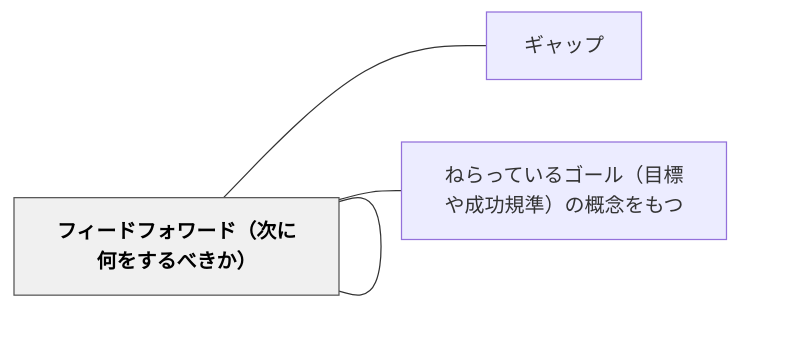
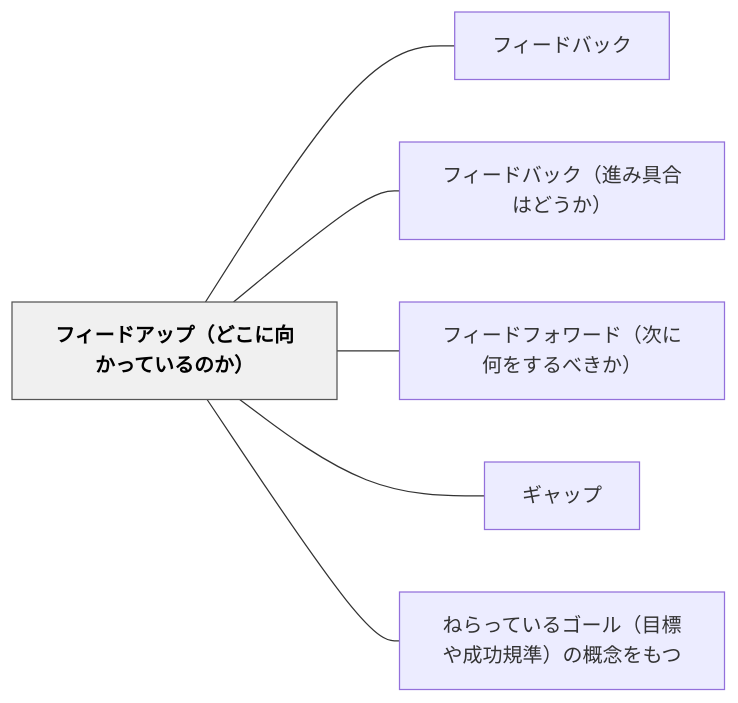
The diagram in content/パタン/フィードアップ（どこに向かっているのか）.md (unknownthings-ed-patterns/unknownthings-ed-patterns), drawn with Mermaid before and after one commit. The commit also changed 527 other files, not shown here.

````diff
--- a/content/パタン/フィードアップ（どこに向かっているのか）.md
+++ b/content/パタン/フィードアップ（どこに向かっているのか）.md
@@ -51,18 +51,18 @@
 ```mermaid
 flowchart LR
-    ne38395e382a3["フィードアップ（どこに向かっているのか）"]
-    ne38395e382a3["フィードバック"]
-    ne38395e382a3["フィードバック（進み具合はどうか）"]
-    ne38395e382a3["フィードフォワード（次に何をするべきか）"]
-    ne382aee383a3["ギャップ"]
-    ne381ade38289["ねらっているゴール（目標や成功規準）の概念をもつ"]
+    ne38395e382a3e383bce38389e382a2e38383e38397efbc88e381a9e38193e381abe59091e3818be381a3e381a6e38184e3828be381aee3818befbc89["フィードアップ（どこに向かっているのか）"]
+    ne38395e382a3e383bce38389e38390e38383e382af["フィードバック"]
+    ne38395e382a3e383bce38389e38390e38383e382afefbc88e980b2e381bfe585b7e59088e381afe381a9e38186e3818befbc89["フィードバック（進み具合はどうか）"]
+    ne38395e382a3e383bce38389e38395e382a9e383afe383bce38389efbc88e6aca1e381abe4bd95e38292e38199e3828be381b9e3818de3818befbc89["フィードフォワード（次に何をするべきか）"]
+    ne382aee383a3e38383e38397["ギャップ"]
+    ne381ade38289e381a3e381a6e38184e3828be382b4e383bce383abefbc88e79baee6a899e38284e68890e58a9fe8a68fe6ba96efbc89e381aee6a682e5bfb5e38292e38282e381a4["ねらっているゴール（目標や成功規準）の概念をもつ"]
 
-    ne38395e382a3 --- ne38395e382a3
-    ne38395e382a3 --- ne38395e382a3
-    ne38395e382a3 --- ne38395e382a3
-    ne38395e382a3 --- ne382aee383a3
-    ne38395e382a3 --- ne381ade38289
+    ne38395e382a3e383bce38389e382a2e38383e38397efbc88e381a9e38193e381abe59091e3818be381a3e381a6e38184e3828be381aee3818befbc89 --- ne38395e382a3e383bce38389e38390e38383e382af
+    ne38395e382a3e383bce38389e382a2e38383e38397efbc88e381a9e38193e381abe59091e3818be381a3e381a6e38184e3828be381aee3818befbc89 --- ne38395e382a3e383bce38389e38390e38383e382afefbc88e980b2e381bfe585b7e59088e381afe381a9e38186e3818befbc89
+    ne38395e382a3e383bce38389e382a2e38383e38397efbc88e381a9e38193e381abe59091e3818be381a3e381a6e38184e3828be381aee3818befbc89 --- ne38395e382a3e383bce38389e38395e382a9e383afe383bce38389efbc88e6aca1e381abe4bd95e38292e38199e3828be381b9e3818de3818befbc89
+    ne38395e382a3e383bce38389e382a2e38383e38397efbc88e381a9e38193e381abe59091e3818be381a3e381a6e38184e3828be381aee3818befbc89 --- ne382aee383a3e38383e38397
+    ne38395e382a3e383bce38389e382a2e38383e38397efbc88e381a9e38193e381abe59091e3818be381a3e381a6e38184e3828be381aee3818befbc89 --- ne381ade38289e381a3e381a6e38184e3828be382b4e383bce383abefbc88e79baee6a899e38284e68890e58a9fe8a68fe6ba96efbc89e381aee6a682e5bfb5e38292e38282e381a4
 
     classDef hub fill:#f0f0f0,stroke:#555,color:#000,font-weight:bold
-    class ne38395e382a3 hub
+    class ne38395e382a3e383bce38389e382a2e38383e38397efbc88e381a9e38193e381abe59091e3818be381a3e381a6e38184e3828be381aee3818befbc89 hub
 ```
````
